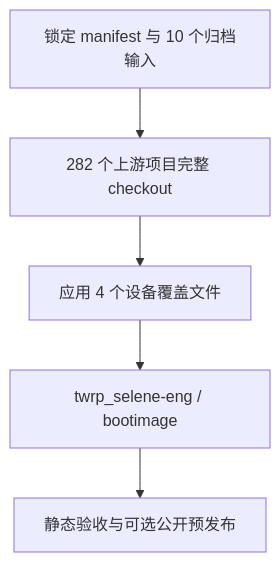
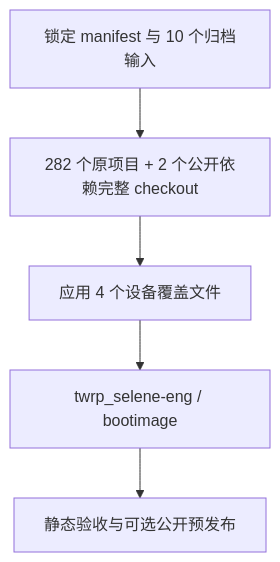
One commit to Grinch27/twrp_builder changed the diagram in README.md. Above: the diagram before and after it, drawn with Mermaid. The commit also changed other lines of this file and 6 other files, not shown here.

````diff
--- a/README.md
+++ b/README.md
@@ -9,7 +9,7 @@
 ```mermaid
 flowchart TD
-  A["锁定 manifest 与 10 个归档输入"] --> B["282 个上游项目完整 checkout"]
+  A["锁定 manifest 与 10 个归档输入"] --> B["282 个原项目 + 2 个公开依赖完整 checkout"]
   B --> C["应用 4 个设备覆盖文件"]
   C --> D["twrp_selene-eng / bootimage"]
   D --> E["静态验收与可选公开预发布"]
 ```
````
